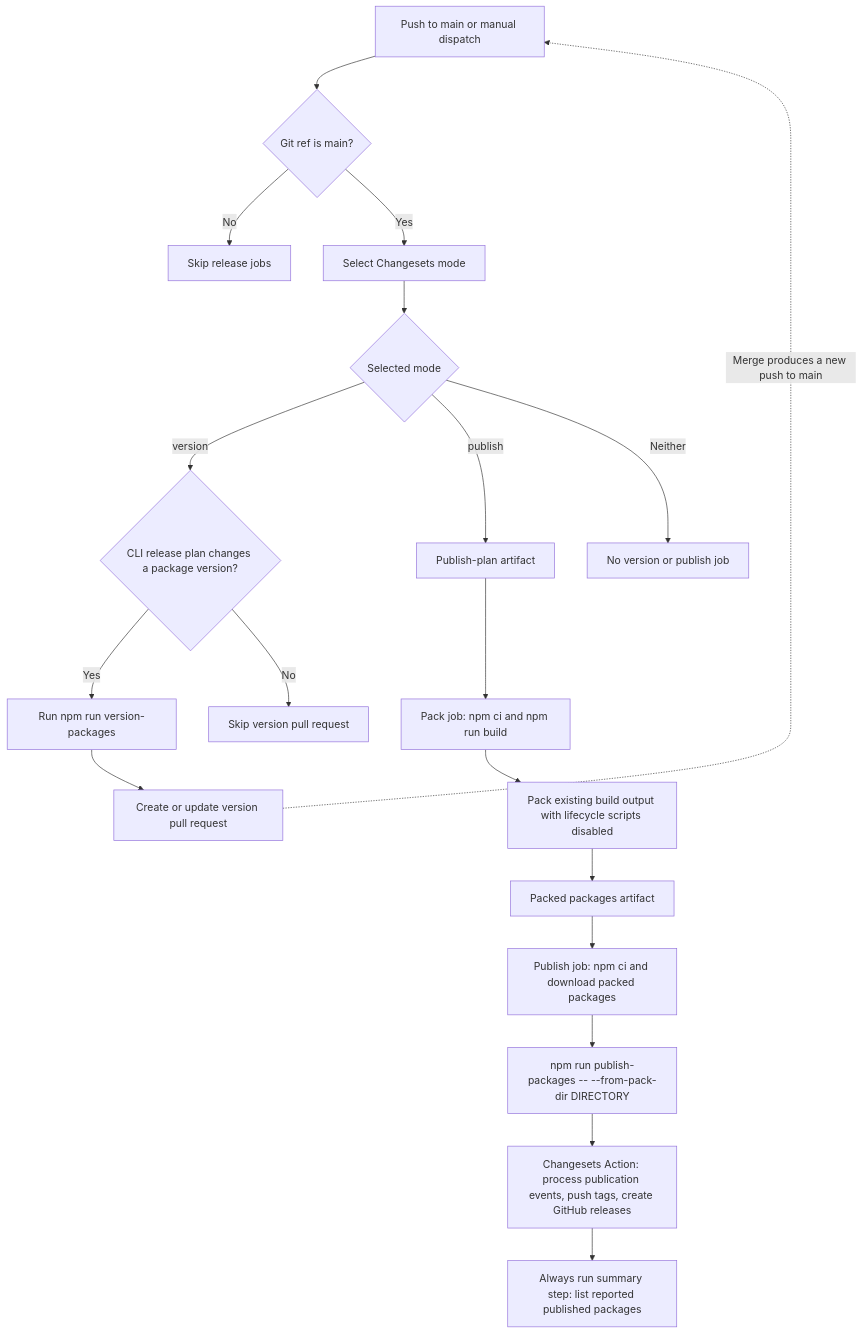
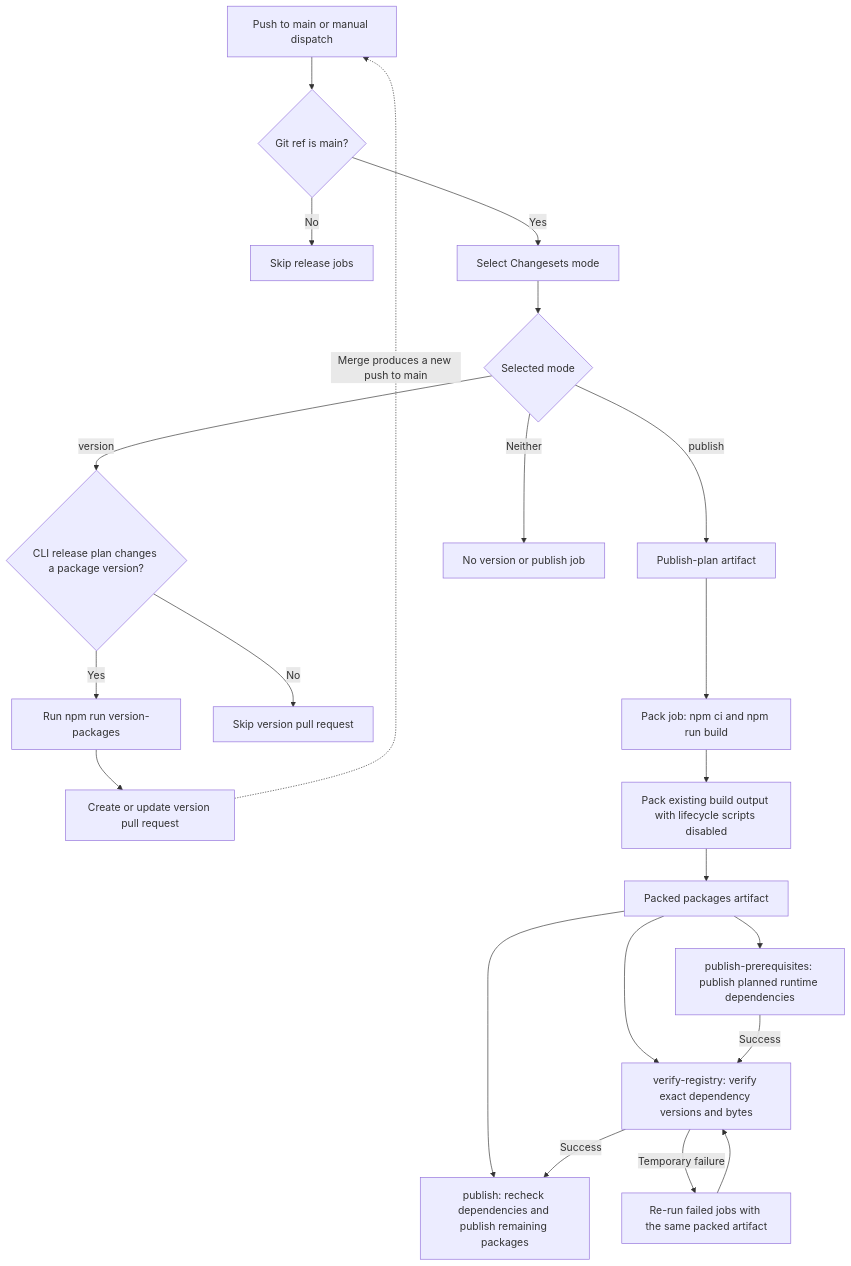
The diagram in docs/publish-workflow.md (narumiruna/pi-extensions), drawn with Mermaid before and after one commit. The commit also changed other lines of this file and 9 other files, not shown here.

Commit message:
fix(release): stage packed package publication

````diff
--- a/docs/publish-workflow.md
+++ b/docs/publish-workflow.md
@@ -5,21 +5,24 @@
 ```mermaid
 flowchart TD
     Trigger["Push to main or manual dispatch"] --> Main{"Git ref is main?"}
     Main -->|No| Skip["Skip release jobs"]
     Main -->|Yes| Select["Select Changesets mode"]
     Select --> Mode{"Selected mode"}
     Mode -->|version| VersionPlan{"CLI release plan changes a package version?"}
     VersionPlan -->|Yes| Version["Run npm run version-packages"]
     VersionPlan -->|No| SkipPR["Skip version pull request"]
     Version --> PR["Create or update version pull request"]
     PR -. "Merge produces a new push to main" .-> Trigger
     Mode -->|publish| Plan["Publish-plan artifact"]
     Plan --> Pack["Pack job: npm ci and npm run build"]
     Pack --> Tarballs["Pack existing build output with lifecycle scripts disabled"]
     Tarballs --> Artifact["Packed packages artifact"]
-    Artifact --> Publish["Publish job: npm ci and download packed packages"]
-    Publish --> Native["npm run publish-packages -- --from-pack-dir DIRECTORY"]
-    Native --> Action["Changesets Action: process publication events, push tags, create GitHub releases"]
-    Action --> Summary["Always run summary step: list reported published packages"]
+    Artifact --> First["publish-prerequisites: publish planned runtime dependencies"]
+    Artifact --> Gate["verify-registry: verify exact dependency versions and bytes"]
+    Artifact --> Final["publish: recheck dependencies and publish remaining packages"]
+    First -->|Success| Gate
+    Gate -->|Success| Final
+    Gate -->|Temporary failure| Retry["Re-run failed jobs with the same packed artifact"]
+    Retry --> Gate
     Mode -->|Neither| None["No version or publish job"]
 ```
````
